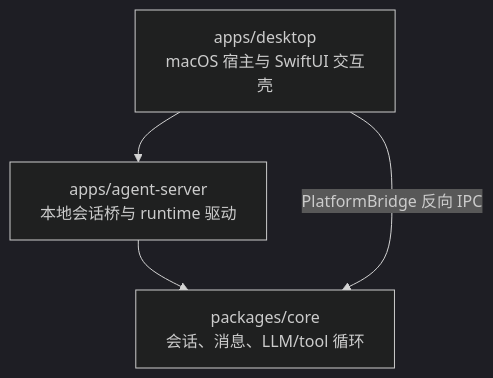
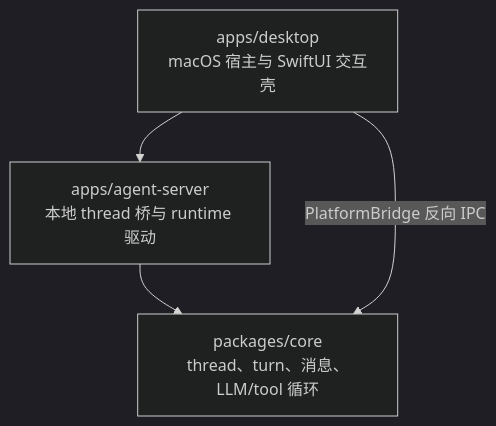
The first of 2 diagrams in handAgent.md (Lixuhang987/SpotAgent), drawn with Mermaid (dark theme) before and after one commit. The commit also changed other lines of this file and 132 other files, not shown here.

Commit message:
refactor: unify desktop app server around thread protocol

````diff
--- a/handAgent.md
+++ b/handAgent.md
@@ -22,6 +22,6 @@
 ```mermaid
 flowchart TD
-  A[apps/desktop<br/>macOS 宿主与 SwiftUI 交互壳] --> B[apps/agent-server<br/>本地会话桥与 runtime 驱动]
-  B --> C[packages/core<br/>会话、消息、LLM/tool 循环]
+  A[apps/desktop<br/>macOS 宿主与 SwiftUI 交互壳] --> B[apps/agent-server<br/>本地 thread 桥与 runtime 驱动]
+  B --> C[packages/core<br/>thread、turn、消息、LLM/tool 循环]
   A -->|PlatformBridge 反向 IPC| C
 ```
````
